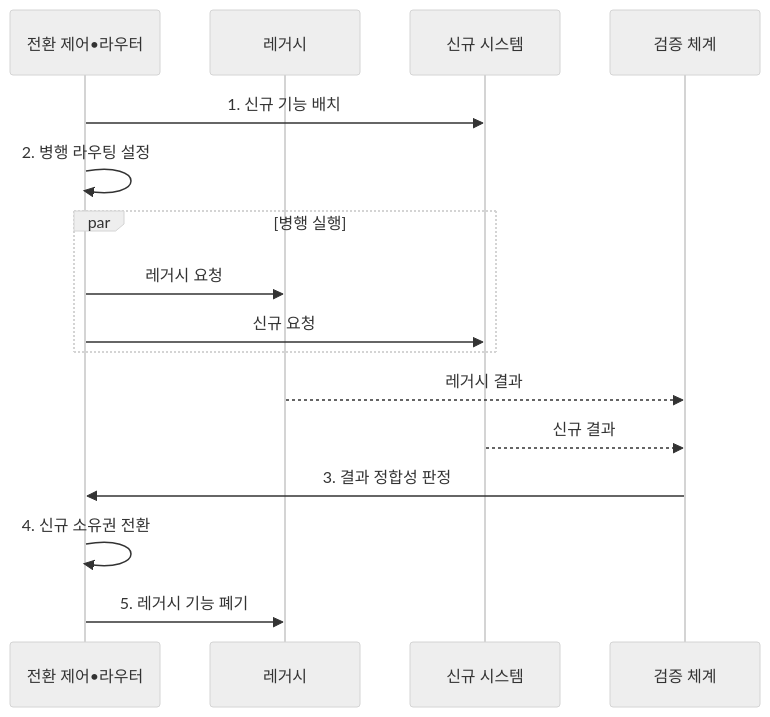
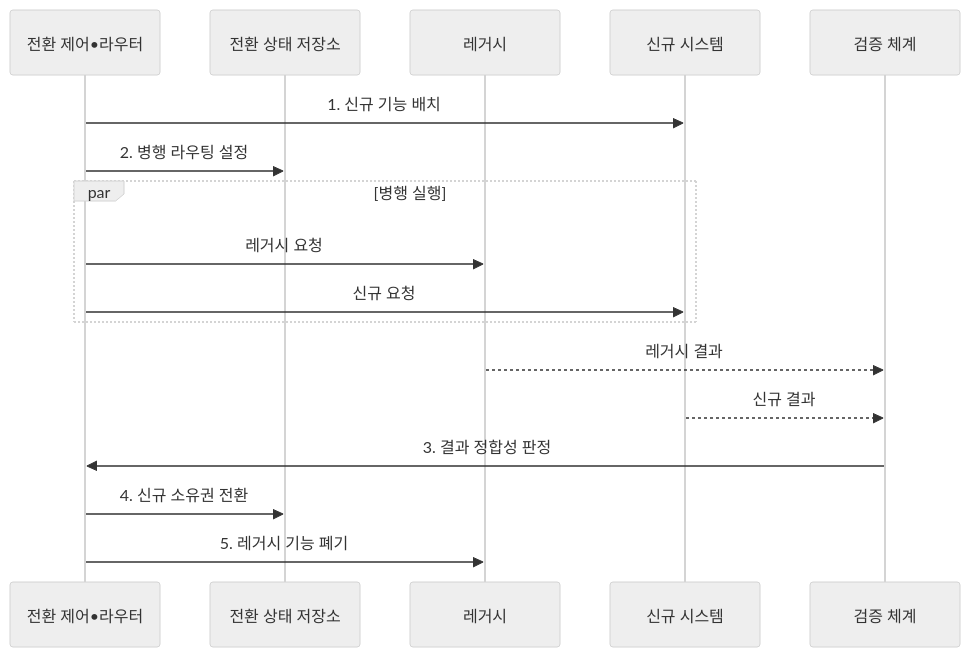
Before and after one commit to agnusdei1207/knowledge-base: the second of 2 diagrams in src/content/docs/notes/03-software/219_strangler_fig_pattern.md, drawn with Mermaid (neutral theme). The commit also changed other lines of this file and 14 other files, not shown here.

````diff
--- a/src/content/docs/notes/03-software/219_strangler_fig_pattern.md
+++ b/src/content/docs/notes/03-software/219_strangler_fig_pattern.md
@@ -103,18 +103,19 @@
 ```mermaid
 sequenceDiagram
     participant O as 전환 제어•라우터
+    participant S as 전환 상태 저장소
     participant L as 레거시
     participant N as 신규 시스템
     participant V as 검증 체계
     O->>N: 1. 신규 기능 배치
-    O->>O: 2. 병행 라우팅 설정
+    O->>S: 2. 병행 라우팅 설정
     par 병행 실행
         O->>L: 레거시 요청
         O->>N: 신규 요청
     end
     L-->>V: 레거시 결과
     N-->>V: 신규 결과
     V->>O: 3. 결과 정합성 판정
-    O->>O: 4. 신규 소유권 전환
+    O->>S: 4. 신규 소유권 전환
     O->>L: 5. 레거시 기능 폐기
 ```
````
